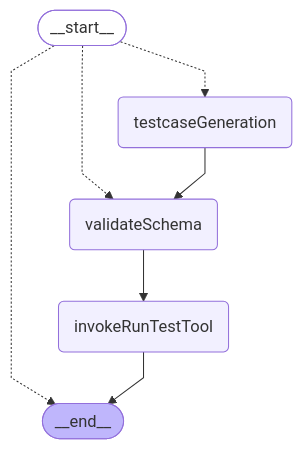
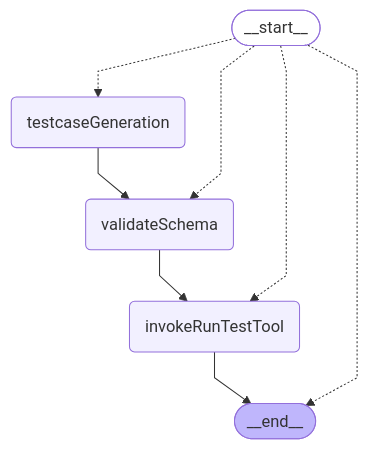
Before and after one commit to yzkee/liam: the fifth of 5 diagrams in frontend/internal-packages/agent/README.md, drawn with Mermaid. The commit also changed 2 other files, not shown here.

Commit message:
fix: resolve rebase conflicts and fix post-rebase issues
- Update QA Agent mermaid diagram order in README and tests
- Fix TypeScript discriminated union issue in runTestTool
- Ensure test-to-documentation consistency for QA Agent graph

🤖 Generated with [Claude Code](https://claude.ai/code)

````diff
--- a/frontend/internal-packages/agent/README.md
+++ b/frontend/internal-packages/agent/README.md
@@ -232,18 +232,19 @@
 ```mermaid
 %%{init: {'flowchart': {'curve': 'linear'}}}%%
 graph TD;
 	__start__([<p>__start__</p>]):::first
 	testcaseGeneration(testcaseGeneration)
 	validateSchema(validateSchema)
 	invokeRunTestTool(invokeRunTestTool)
 	__end__([<p>__end__</p>]):::last
+	invokeRunTestTool --> __end__;
+	testcaseGeneration --> validateSchema;
+	validateSchema --> invokeRunTestTool;
 	__start__ -.-> testcaseGeneration;
 	__start__ -.-> validateSchema;
+	__start__ -.-> invokeRunTestTool;
 	__start__ -.-> __end__;
-	testcaseGeneration --> validateSchema;
-	validateSchema --> invokeRunTestTool;
-	invokeRunTestTool --> __end__;
 	classDef default fill:#f2f0ff,line-height:1.2;
 	classDef first fill-opacity:0;
 	classDef last fill:#bfb6fc;
 ```
````
